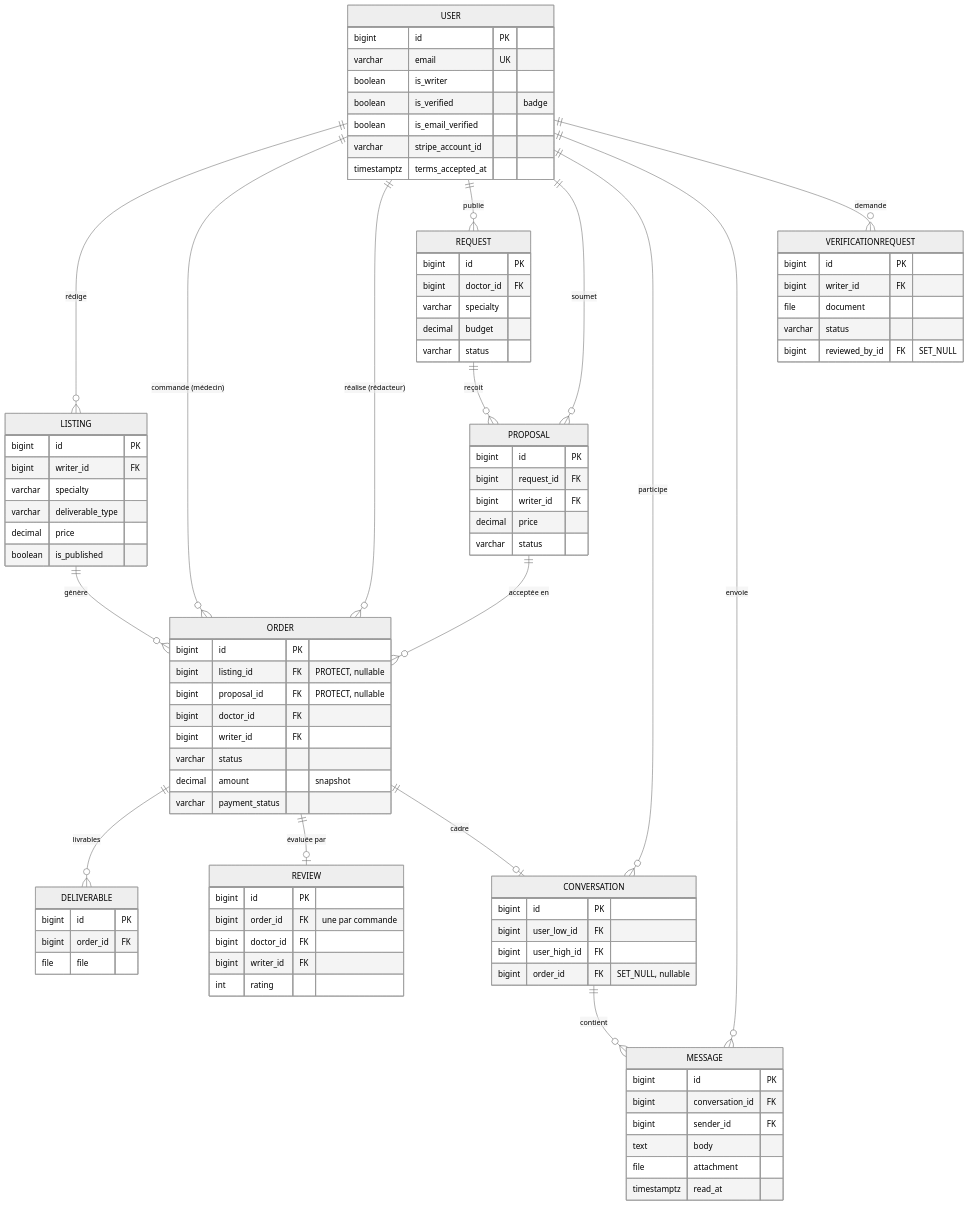
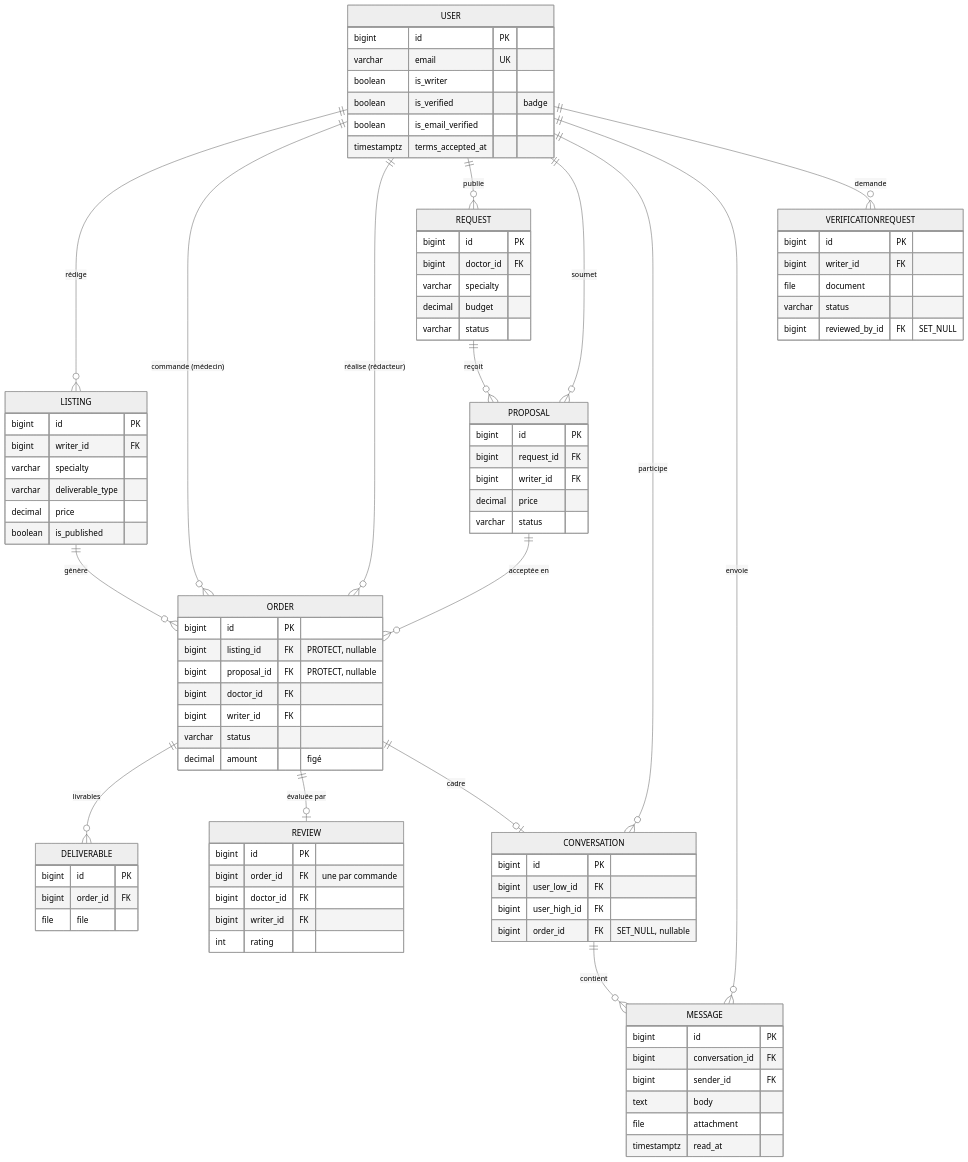
Before and after one commit to victormonnot/Kessia: the diagram in README.md, drawn with Mermaid (neutral theme). The commit also changed other lines of this file, not shown here.

```diff
--- a/README.md
+++ b/README.md
@@ -116,7 +122,6 @@
         boolean is_writer
         boolean is_verified "badge"
         boolean is_email_verified
-        varchar stripe_account_id
         timestamptz terms_accepted_at
     }
     LISTING {
@@ -134,8 +139,7 @@
         bigint doctor_id FK
         bigint writer_id FK
         varchar status
-        decimal amount "snapshot"
-        varchar payment_status
+        decimal amount "figé"
     }
     DELIVERABLE {
         bigint id PK
```
